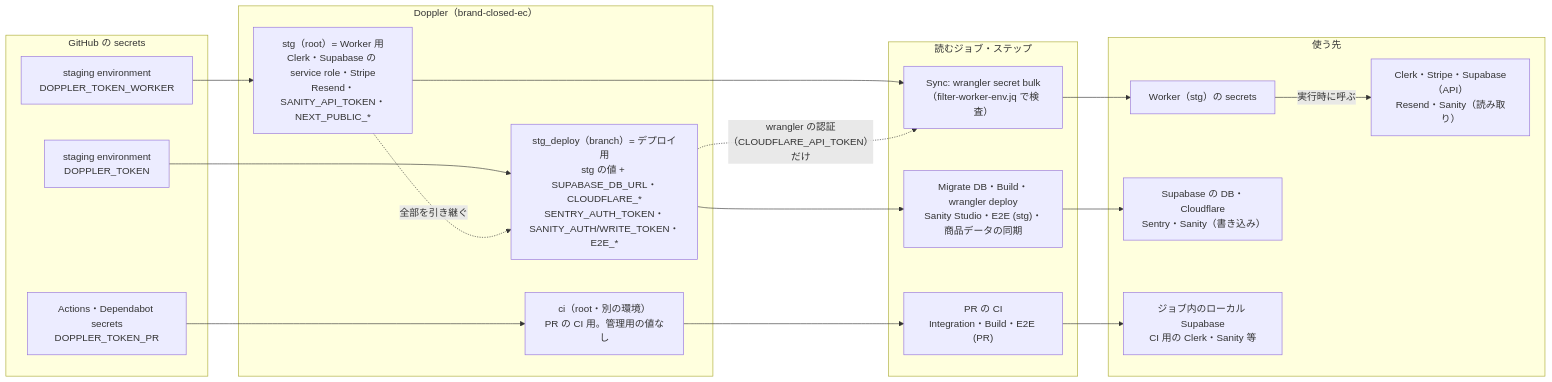
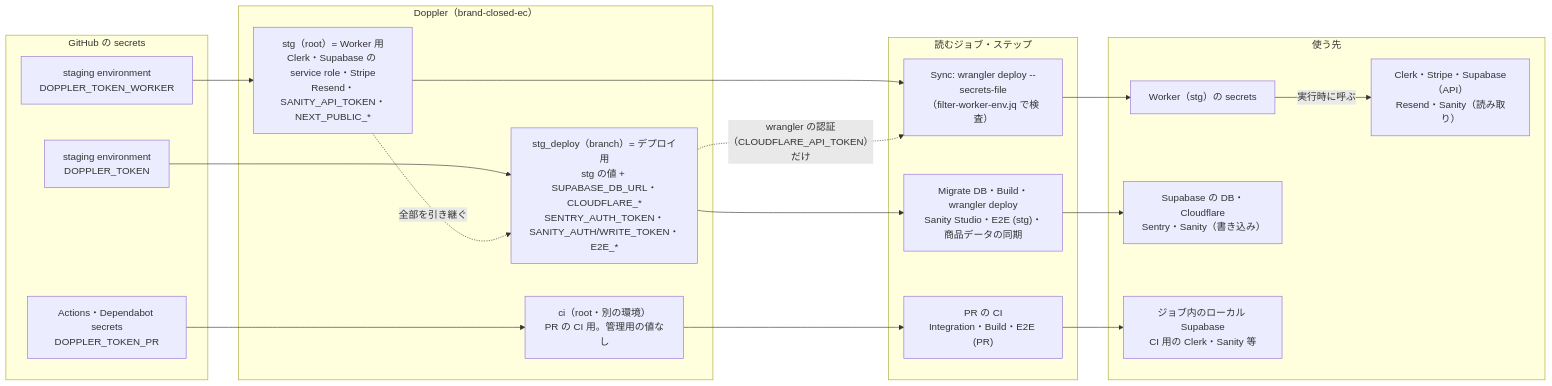
The diagram in docs/cicd.md (wknd-studio/brand-closed-ec), drawn with Mermaid before and after one commit. The commit also changed other lines of this file and 1 other file, not shown here.

````diff
--- a/docs/cicd.md
+++ b/docs/cicd.md
@@ -179,29 +179,29 @@
 ```mermaid
 flowchart LR
   subgraph GH["GitHub の secrets"]
     TW["staging environment<br/>DOPPLER_TOKEN_WORKER"]
     TD["staging environment<br/>DOPPLER_TOKEN"]
     TP["Actions・Dependabot secrets<br/>DOPPLER_TOKEN_PR"]
   end
   subgraph DP["Doppler（brand-closed-ec）"]
     STG["stg（root）= Worker 用<br/>Clerk・Supabase の service role・Stripe<br/>Resend・SANITY_API_TOKEN・NEXT_PUBLIC_*"]
     DEP["stg_deploy（branch）= デプロイ用<br/>stg の値 + SUPABASE_DB_URL・CLOUDFLARE_*<br/>SENTRY_AUTH_TOKEN・SANITY_AUTH/WRITE_TOKEN・E2E_*"]
     CI["ci（root・別の環境）<br/>PR の CI 用。管理用の値なし"]
   end
   subgraph JOB["読むジョブ・ステップ"]
-    SYNC["Sync: wrangler secret bulk<br/>（filter-worker-env.jq で検査）"]
+    SYNC["Sync: wrangler deploy --secrets-file<br/>（filter-worker-env.jq で検査）"]
     DJOB["Migrate DB・Build・wrangler deploy<br/>Sanity Studio・E2E (stg)・商品データの同期"]
     PRJ["PR の CI<br/>Integration・Build・E2E (PR)"]
   end
   subgraph SVC["使う先"]
     WK["Worker（stg）の secrets"]
     RT["Clerk・Stripe・Supabase（API）<br/>Resend・Sanity（読み取り）"]
     INF["Supabase の DB・Cloudflare<br/>Sentry・Sanity（書き込み）"]
     LOC["ジョブ内のローカル Supabase<br/>CI 用の Clerk・Sanity 等"]
   end
   TW --> STG --> SYNC --> WK -- 実行時に呼ぶ --> RT
   TD --> DEP --> DJOB --> INF
   STG -. 全部を引き継ぐ .-> DEP
   DEP -. wrangler の認証（CLOUDFLARE_API_TOKEN）だけ .-> SYNC
   TP --> CI --> PRJ --> LOC
 ```
````
